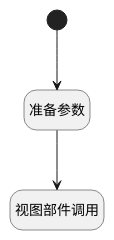
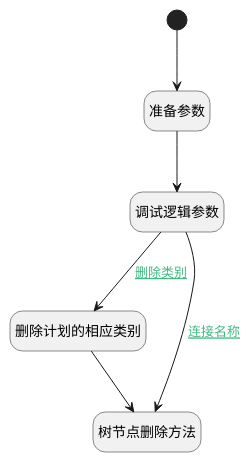
Before and after one commit to iBizLab/plm: the diagram in doc/docsify/module/ProdMgmt/customer/uilogic/remove_section_or_category.md, drawn with PlantUML. The commit also changed other lines of this file and 2344 other files, not shown here.

````diff
--- a/doc/docsify/module/ProdMgmt/customer/uilogic/remove_section_or_category.md
+++ b/doc/docsify/module/ProdMgmt/customer/uilogic/remove_section_or_category.md
@@ -7,21 +7,26 @@
 ```plantuml
 @startuml
 hide footbox
 <style>
 root {
   HyperlinkColor #42b983
 }
 </style>
 
 hide empty description
 state "开始" as Begin <<start>> [[$./remove_section_or_category#begin {开始}]]
-state "视图部件调用" as VIEWCTRLINVOKE1  [[$./remove_section_or_category#viewctrlinvoke1 {视图部件调用}]]
+state "调试逻辑参数" as DEBUGPARAM1  [[$./remove_section_or_category#debugparam1 {调试逻辑参数}]]
+state "删除计划的相应类别" as DEACTION1  [[$./remove_section_or_category#deaction1 {删除计划的相应类别}]]
 state "准备参数" as PREPAREJSPARAM1  [[$./remove_section_or_category#preparejsparam1 {准备参数}]]
+state "树节点删除方法" as VIEWCTRLINVOKE1  [[$./remove_section_or_category#viewctrlinvoke1 {树节点删除方法}]]
 
 
 Begin --> PREPAREJSPARAM1
-PREPAREJSPARAM1 --> VIEWCTRLINVOKE1
+PREPAREJSPARAM1 --> DEBUGPARAM1
+DEBUGPARAM1 --> DEACTION1 : [[$./remove_section_or_category#debugparam1-deaction1{删除类别} 删除类别]]
+DEACTION1 --> VIEWCTRLINVOKE1
+DEBUGPARAM1 --> VIEWCTRLINVOKE1 : [[$./remove_section_or_category#debugparam1-viewctrlinvoke1{连接名称} 连接名称]]
 
 
 @enduml
 ```
````
